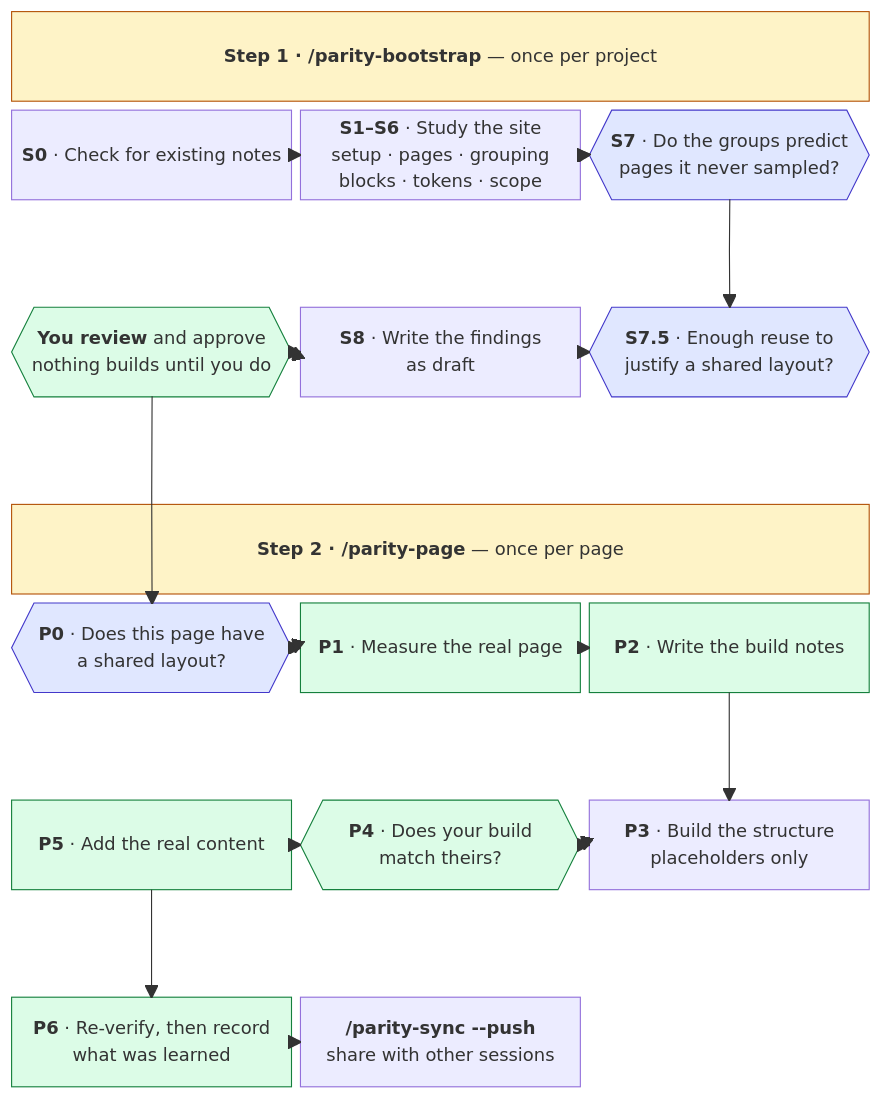
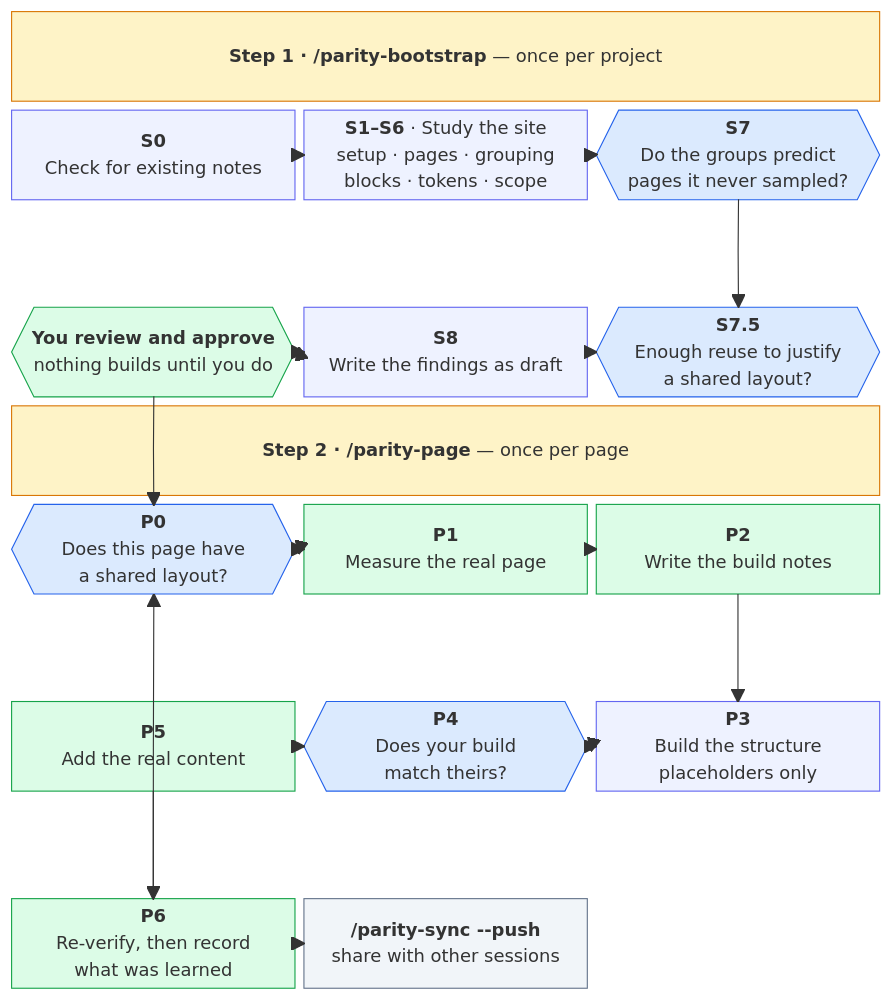
One commit to atr0-0/parity changed the diagram in README.md. Above: the diagram before and after it, drawn with Mermaid. The commit also changed other lines of this file, not shown here.

Commit message:
README: fix the workflow diagram in dark mode, restore the next-page loop
Every node used 'style ... fill:' with no 'color:', so on a dark background
mermaid kept its light default text and drew it on light fills — most of the
diagram was unreadable on GitHub in dark mode. The earlier flowchart used
classDef with an explicit colour and was fine; the block-beta rewrite dropped
it.

Now every node belongs to a classDef that pins fill, stroke and text colour,
so it renders identically on either background. Verified against #0d1117 and
white.

Also restores P6 -> P0: without it the diagram implies a page build is a
one-shot rather than something you repeat per page.

````diff
--- a/README.md
+++ b/README.md
@@ -69,65 +69,64 @@
 ```mermaid
 block-beta
   columns 3
 
   H1["<b>Step 1 · /parity-bootstrap</b> — once per project"]:3
-  S0["<b>S0</b> · Check for existing notes"]
+  S0["<b>S0</b><br/>Check for existing notes"]
   S1["<b>S1–S6</b> · Study the site<br/>setup · pages · grouping<br/>blocks · tokens · scope"]
-  S7{{"<b>S7</b> · Do the groups predict<br/>pages it never sampled?"}}
+  S7{{"<b>S7</b><br/>Do the groups predict<br/>pages it never sampled?"}}
 
   space:3
 
-  REV{{"<b>You review</b> and approve<br/>nothing builds until you do"}}
-  S8["<b>S8</b> · Write the findings<br/>as draft"]
-  S75{{"<b>S7.5</b> · Enough reuse to<br/>justify a shared layout?"}}
+  REV{{"<b>You review and approve</b><br/>nothing builds until you do"}}
+  S8["<b>S8</b><br/>Write the findings as draft"]
+  S75{{"<b>S7.5</b><br/>Enough reuse to justify<br/>a shared layout?"}}
+
+  H2["<b>Step 2 · /parity-page</b> — once per page"]:3
+  P0{{"<b>P0</b><br/>Does this page have<br/>a shared layout?"}}
+  P1["<b>P1</b><br/>Measure the real page"]
+  P2["<b>P2</b><br/>Write the build notes"]
 
   space:3
 
-  H2["<b>Step 2 · /parity-page</b> — once per page"]:3
-  P0{{"<b>P0</b> · Does this page have<br/>a shared layout?"}}
-  P1["<b>P1</b> · Measure the real page"]
-  P2["<b>P2</b> · Write the build notes"]
+  P5["<b>P5</b><br/>Add the real content"]
+  P4{{"<b>P4</b><br/>Does your build<br/>match theirs?"}}
+  P3["<b>P3</b><br/>Build the structure<br/>placeholders only"]
 
   space:3
 
-  P5["<b>P5</b> · Add the real content"]
-  P4{{"<b>P4</b> · Does your build<br/>match theirs?"}}
-  P3["<b>P3</b> · Build the structure<br/>placeholders only"]
-
-  space:3
-
-  P6["<b>P6</b> · Re-verify, then record<br/>what was learned"]
+  P6["<b>P6</b><br/>Re-verify, then record<br/>what was learned"]
   SYNC["<b>/parity-sync --push</b><br/>share with other sessions"]
   space
 
   S0 --> S1
   S1 --> S7
   S7 --> S75
   S75 --> S8
   S8 --> REV
   REV --> P0
   P0 --> P1
   P1 --> P2
   P2 --> P3
   P3 --> P4
   P4 --> P5
   P5 --> P6
   P6 --> SYNC
 
   S7 --> S1
   REV --> S8
   P1 --> P0
   P4 --> P3
+  P6 --> P0
 
-  style H1 fill:#fef3c7,stroke:#b45309
-  style H2 fill:#fef3c7,stroke:#b45309
-  style S7 fill:#e0e7ff,stroke:#4338ca
-  style S75 fill:#e0e7ff,stroke:#4338ca
-  style P0 fill:#e0e7ff,stroke:#4338ca
-  style REV fill:#dcfce7,stroke:#15803d
-  style P4 fill:#dcfce7,stroke:#15803d
-  style P1 fill:#dcfce7,stroke:#15803d
-  style P2 fill:#dcfce7,stroke:#15803d
-  style P5 fill:#dcfce7,stroke:#15803d
-  style P6 fill:#dcfce7,stroke:#15803d
+  classDef head fill:#fef3c7,stroke:#d97706,color:#451a03
+  classDef step fill:#eef2ff,stroke:#6366f1,color:#1e1b4b
+  classDef ask  fill:#dbeafe,stroke:#2563eb,color:#172554
+  classDef stop fill:#dcfce7,stroke:#16a34a,color:#14532d
+  classDef out  fill:#f1f5f9,stroke:#64748b,color:#0f172a
+
+  class H1,H2 head
+  class S0,S1,S8,P3 step
+  class S7,S75,P0,P4 ask
+  class REV,P1,P2,P5,P6 stop
+  class SYNC out
 ```
````
